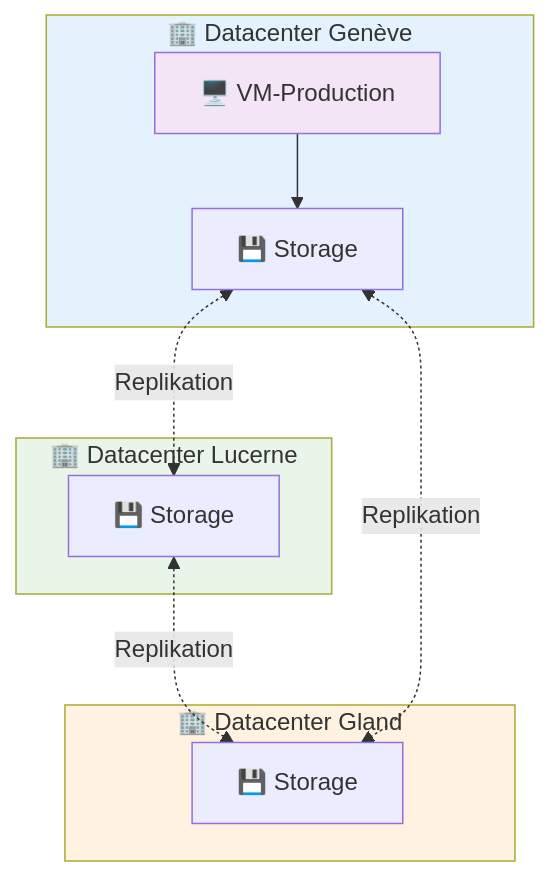
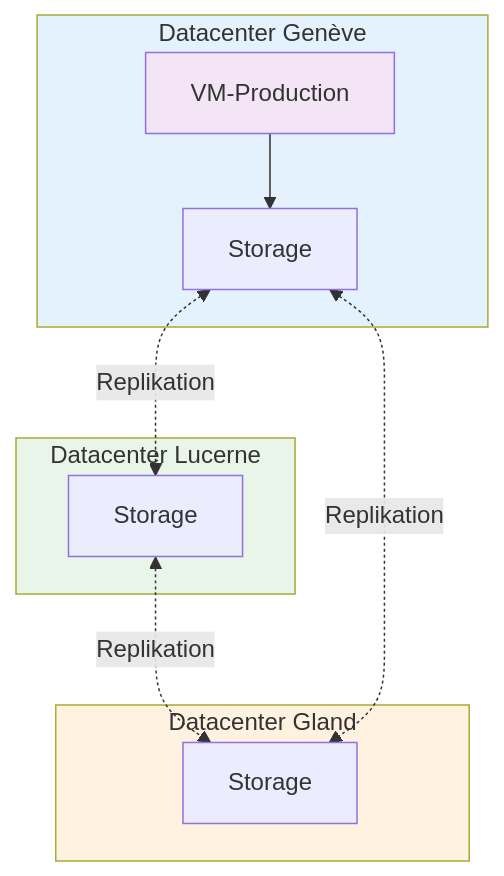
The diagram in i18n/de/docusaurus-plugin-content-docs/current/services/compute/overview.md (HidoraSwiss/hikube-public-doc), drawn with Mermaid before and after one commit. The commit also changed other lines of this file and 142 other files, not shown here.

First line of the commit message:
docs: retirer tous les emojis (titres, encadrés, tableaux, diagrammes)

````diff
--- a/i18n/de/docusaurus-plugin-content-docs/current/services/compute/overview.md
+++ b/i18n/de/docusaurus-plugin-content-docs/current/services/compute/overview.md
@@ -36,29 +36,29 @@
 ```mermaid
 flowchart TD
-    subgraph DC1["🏢 Datacenter Genève"]
-        VM1["🖥️ VM-Production"]
-        STORAGE1["💾 Storage"]
+    subgraph DC1["Datacenter Genève"]
+        VM1["VM-Production"]
+        STORAGE1["Storage"]
     end
 
-    subgraph DC2["🏢 Datacenter Lucerne"]
-        STORAGE2["💾 Storage"]
+    subgraph DC2["Datacenter Lucerne"]
+        STORAGE2["Storage"]
     end
 
-    subgraph DC3["🏢 Datacenter Gland"]
-        STORAGE3["💾 Storage"]
+    subgraph DC3["Datacenter Gland"]
+        STORAGE3["Storage"]
     end
 
     %% VM nutzt den lokalen Speicher
     VM1 --> STORAGE1
 
     %% Replikation des Speichers zwischen den 3 DC
     STORAGE1 <-.->|"Replikation"| STORAGE2
     STORAGE2 <-.->|"Replikation"| STORAGE3
     STORAGE1 <-.->|"Replikation"| STORAGE3
 
     %% Styles
     style DC1 fill:#e3f2fd
     style DC2 fill:#e8f5e8
     style DC3 fill:#fff2e1
     style VM1 fill:#f3e5f5
 ```
````
